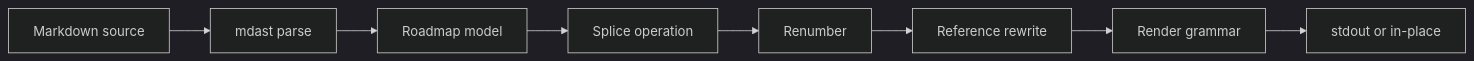
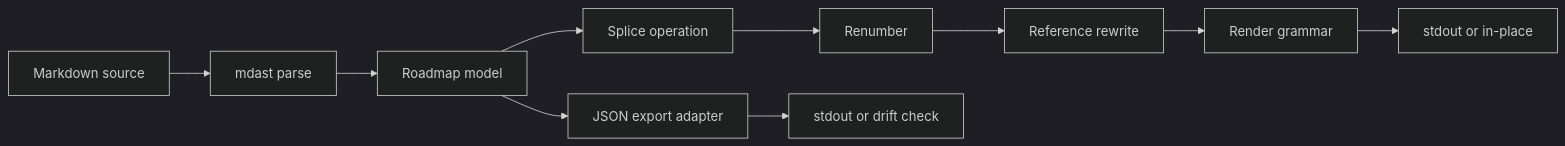
One commit to leynos/mapsplice changed the diagram in docs/mapsplice-design.md. Above: the diagram before and after it, drawn with Mermaid (dark theme). The commit also changed other lines of this file and 102 other files, not shown here.

First line of the commit message:
Add JSON roadmap export and drift validation (#144)

````diff
--- a/docs/mapsplice-design.md
+++ b/docs/mapsplice-design.md
@@ -68,10 +69,12 @@
 ```mermaid
 flowchart LR
   A[Markdown source] --> B[mdast parse]
   B --> C[Roadmap model]
   C --> D[Splice operation]
   D --> E[Renumber]
   E --> F[Reference rewrite]
   F --> G[Render grammar]
   G --> H[stdout or in-place]
+  C --> J[JSON export adapter]
+  J --> K[stdout or drift check]
 ```
````
